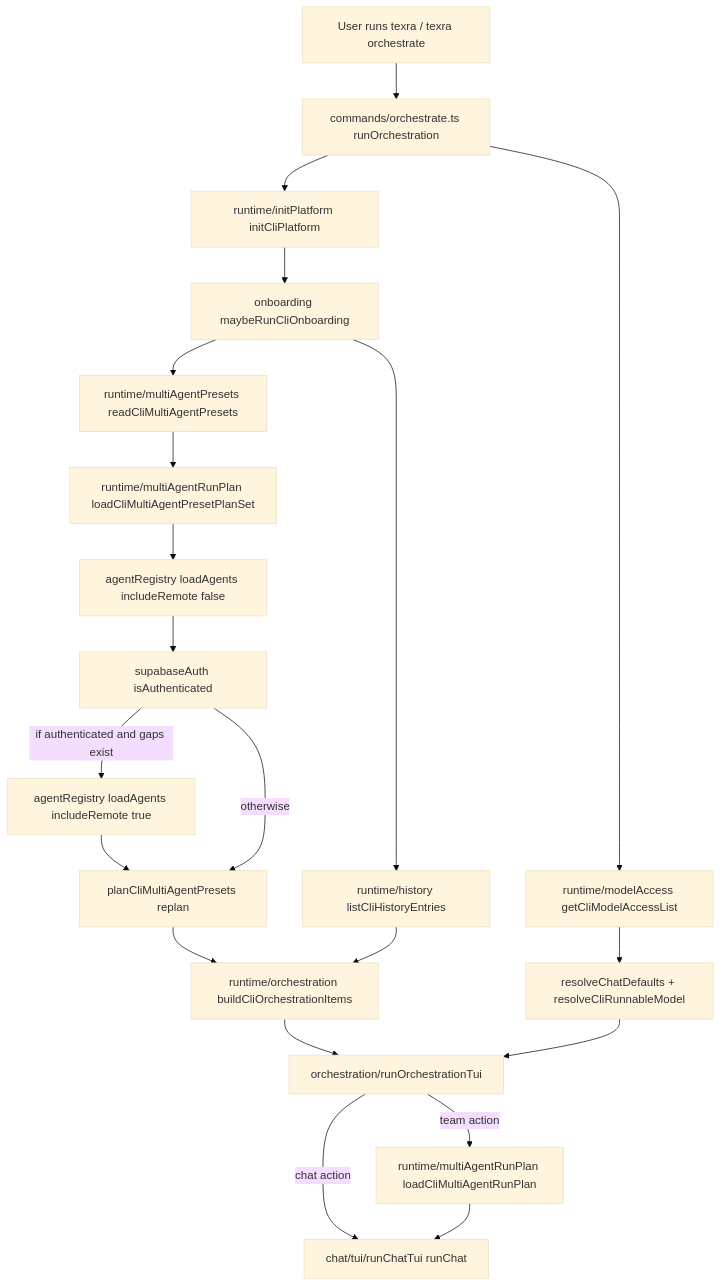
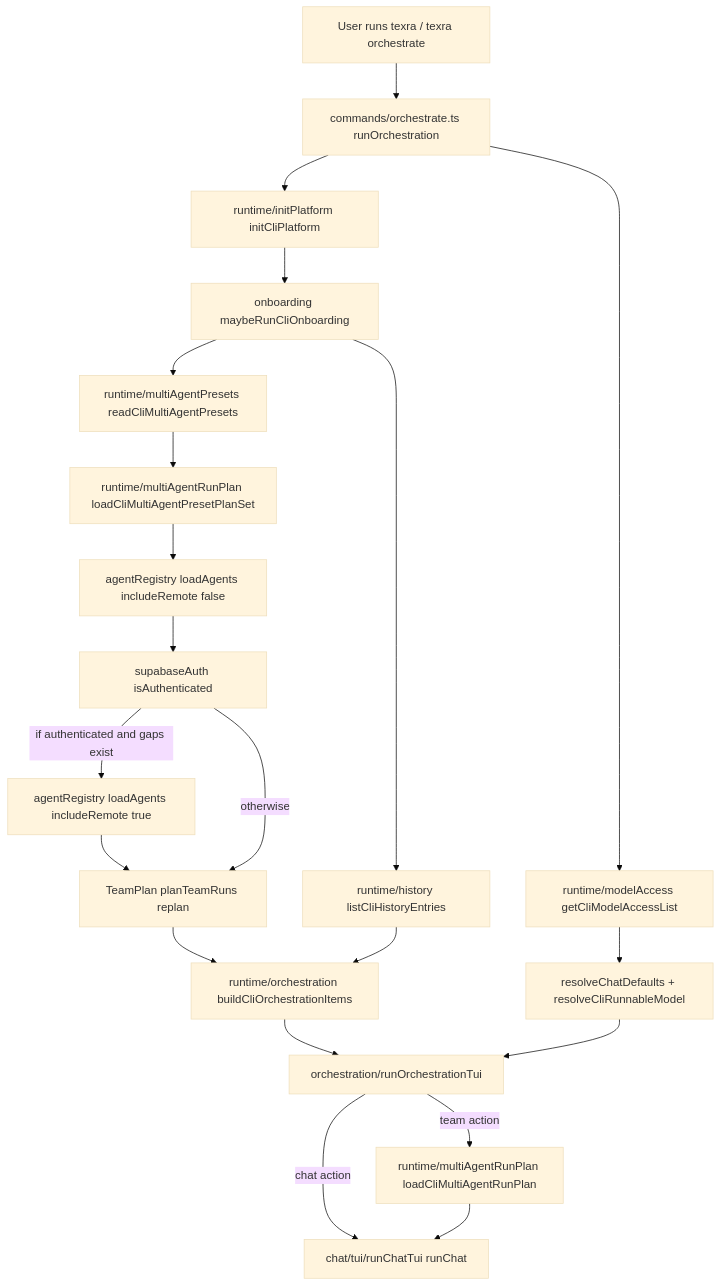
Before and after one commit to LionSR/TeXRA: the first of 5 diagrams in docs/architecture/cli-runtime-round-trips.md, drawn with Mermaid (base theme). The commit also changed 16 other files, not shown here.

First line of the commit message:
refactor: flatten three single-owner architecture layers

````diff
--- a/docs/architecture/cli-runtime-round-trips.md
+++ b/docs/architecture/cli-runtime-round-trips.md
@@ -9,41 +9,41 @@
 ```mermaid
 flowchart TD
   user[User runs texra / texra orchestrate]
   orch[commands/orchestrate.ts runOrchestration]
   platform[runtime/initPlatform initCliPlatform]
   onboarding[onboarding maybeRunCliOnboarding]
   history[runtime/history listCliHistoryEntries]
   presets[runtime/multiAgentPresets readCliMultiAgentPresets]
   plans[runtime/multiAgentRunPlan loadCliMultiAgentPresetPlanSet]
   agentsLocal[agentRegistry loadAgents includeRemote false]
   auth[supabaseAuth isAuthenticated]
   agentsRemote[agentRegistry loadAgents includeRemote true]
-  replan[planCliMultiAgentPresets replan]
+  replan[TeamPlan planTeamRuns replan]
   items[runtime/orchestration buildCliOrchestrationItems]
   modelList[runtime/modelAccess getCliModelAccessList]
   defaultModel[resolveChatDefaults + resolveCliRunnableModel]
   picker[orchestration/runOrchestrationTui]
   chat[chat/tui/runChatTui runChat]
   presetRun[runtime/multiAgentRunPlan loadCliMultiAgentRunPlan]
 
   user --> orch
   orch --> platform
   platform --> onboarding
   onboarding --> history
   onboarding --> presets
   presets --> plans
   plans --> agentsLocal
   agentsLocal --> auth
   auth -->|if authenticated and gaps exist| agentsRemote
   agentsRemote --> replan
   auth -->|otherwise| replan
   replan --> items
   history --> items
   orch --> modelList
   modelList --> defaultModel
   items --> picker
   defaultModel --> picker
   picker -->|chat action| chat
   picker -->|team action| presetRun
   presetRun --> chat
 ```
````
